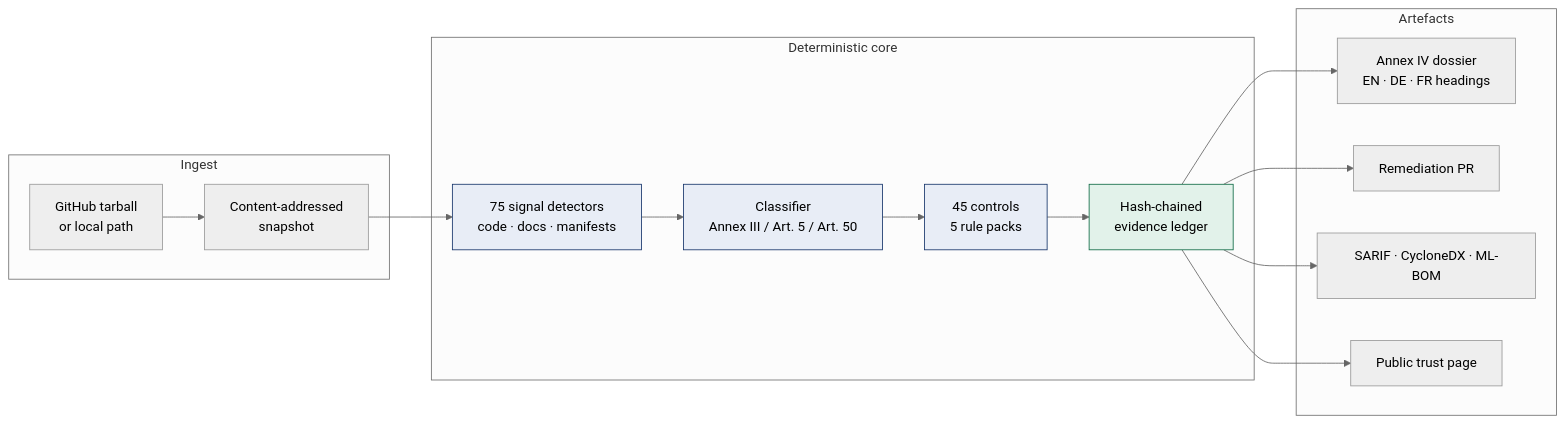
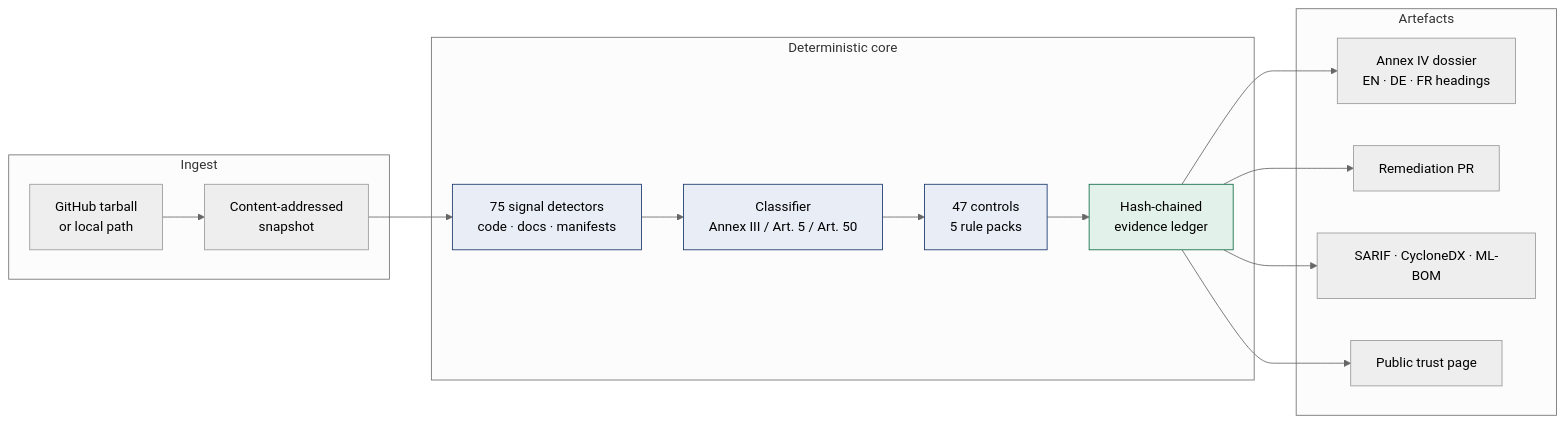
The diagram in README.md (shi1720/LexHack), drawn with Mermaid (neutral theme) before and after one commit. The commit also changed other lines of this file and 50 other files, not shown here.

````diff
--- a/README.md
+++ b/README.md
@@ -120,22 +140,22 @@
 ```mermaid
 flowchart LR
   subgraph Ingest
     A[GitHub tarball<br/>or local path] --> B[Content-addressed<br/>snapshot]
   end
   subgraph Deterministic core
     B --> C[75 signal detectors<br/>code · docs · manifests]
     C --> D[Classifier<br/>Annex III / Art. 5 / Art. 50]
-    D --> E[45 controls<br/>5 rule packs]
+    D --> E[47 controls<br/>5 rule packs]
     E --> F[Hash-chained<br/>evidence ledger]
   end
   subgraph Artefacts
     F --> G[Annex IV dossier<br/>EN · DE · FR headings]
     F --> H[Remediation PR]
     F --> I[SARIF · CycloneDX · ML-BOM]
     F --> J[Public trust page]
   end
   style C fill:#e8edf6,stroke:#17356b
   style D fill:#e8edf6,stroke:#17356b
   style E fill:#e8edf6,stroke:#17356b
   style F fill:#e2f2ea,stroke:#0f6b45
 ```
````
